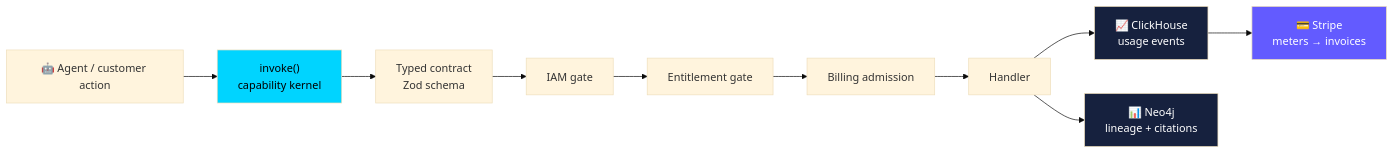
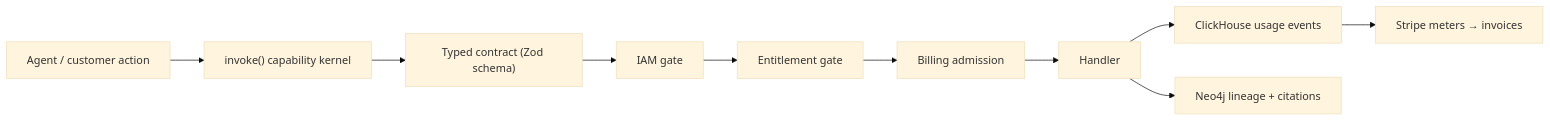
One commit to macanderson/oxagen changed the first of 2 diagrams in README.md. Above: the diagram before and after it, drawn with Mermaid (base theme). The commit also changed other lines of this file and 2 other files, not shown here.

````diff
--- a/README.md
+++ b/README.md
@@ -50,17 +37,12 @@
 ```mermaid
 graph LR
-    A["🤖 Agent / customer action"] --> B["invoke()<br/>capability kernel"]
-    B --> C["Typed contract<br/>Zod schema"]
+    A["Agent / customer action"] --> B["invoke() capability kernel"]
+    B --> C["Typed contract (Zod schema)"]
     C --> D["IAM gate"]
     D --> E["Entitlement gate"]
     E --> F["Billing admission"]
     F --> G["Handler"]
-    G --> H["📈 ClickHouse<br/>usage events"]
-    H --> I["💳 Stripe<br/>meters → invoices"]
-    G --> J["📊 Neo4j<br/>lineage + citations"]
-
-    style B fill:#00d4ff,color:#000
-    style H fill:#16213e,color:#fff
-    style I fill:#635bff,color:#fff
-    style J fill:#16213e,color:#fff
+    G --> H["ClickHouse usage events"]
+    H --> I["Stripe meters → invoices"]
+    G --> J["Neo4j lineage + citations"]
 ```
````
